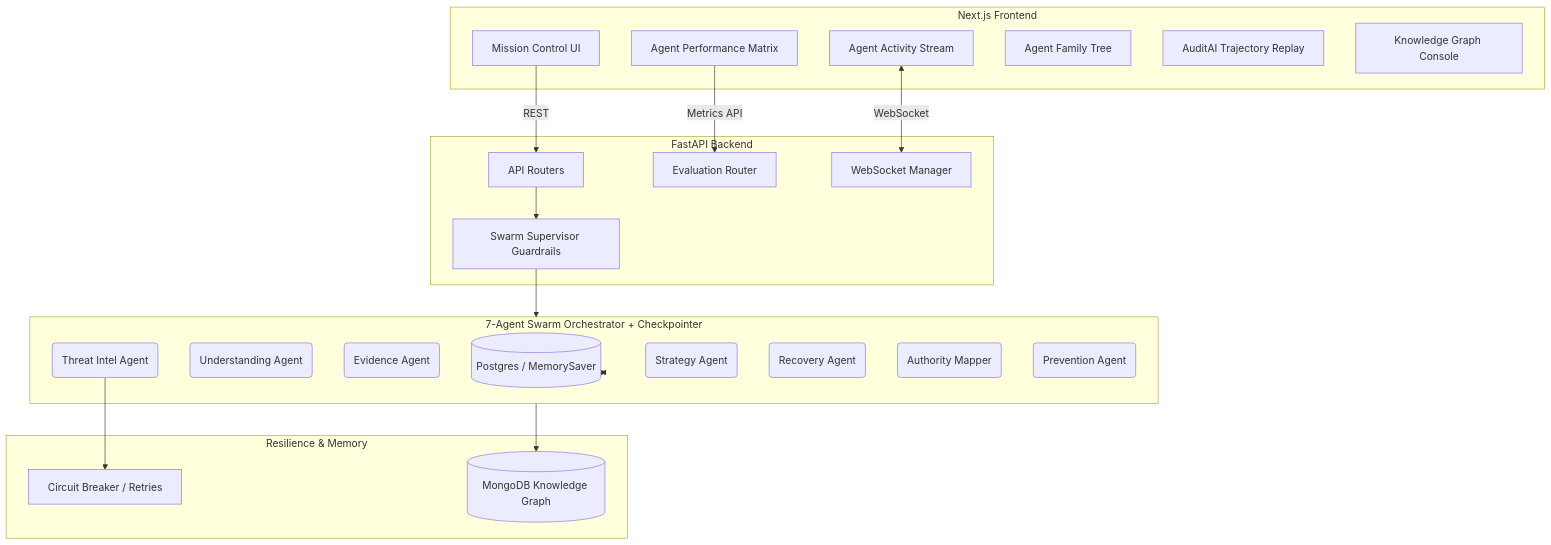
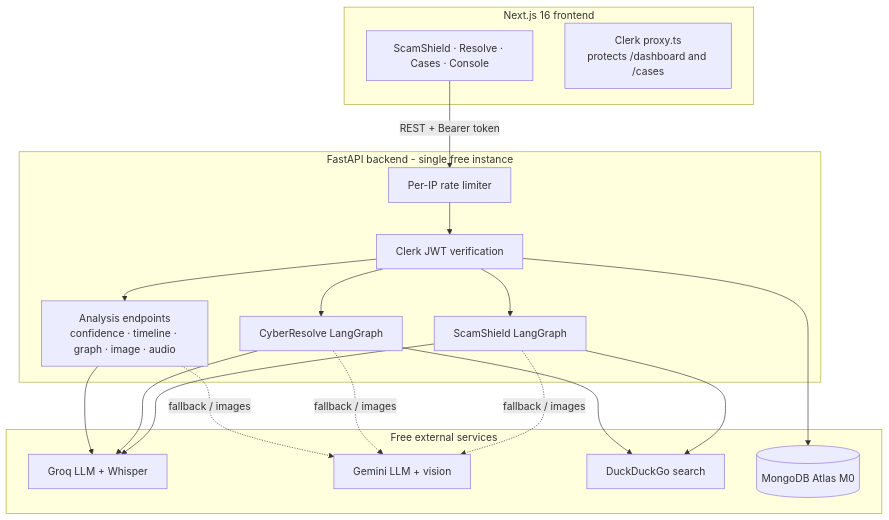
Before and after one commit to TechNxt05/CyberGuard: the diagram in README.md, drawn with Mermaid. The commit also changed other lines of this file and 170 other files, not shown here.

````diff
--- a/README.md
+++ b/README.md
@@ -81,44 +35,29 @@
 ```mermaid
 graph TD
-    subgraph Client [Next.js Frontend]
-        UI[Mission Control UI]
-        Stream[Agent Activity Stream]
-        EvalPanel[Agent Performance Matrix]
-        TreeTrace[Agent Family Tree]
-        Replay[AuditAI Trajectory Replay]
-        Graph[Knowledge Graph Console]
+    subgraph Vercel [Next.js 16 frontend]
+        Pages[ScamShield · Resolve · Cases · Console]
+        Proxy[Clerk proxy.ts<br/>protects /dashboard and /cases]
     end
 
-    subgraph API [FastAPI Backend]
-        Router[API Routers]
-        EvalRouter[Evaluation Router]
-        WS[WebSocket Manager]
-        Supervisor[Swarm Supervisor Guardrails]
+    subgraph Render [FastAPI backend - single free instance]
+        RL[Per-IP rate limiter]
+        Auth[Clerk JWT verification]
+        SS[ScamShield LangGraph]
+        CR[CyberResolve LangGraph]
+        AN[Analysis endpoints<br/>confidence · timeline · graph · image · audio]
     end
 
-    subgraph LangGraph [7-Agent Swarm Orchestrator + Checkpointer]
-        Checkpointer[(Postgres / MemorySaver)]
-        Understand(Understanding Agent)
-        Evidence(Evidence Agent)
-        Intel(Threat Intel Agent)
-        Strategy(Strategy Agent)
-        Recovery(Recovery Agent)
-        Auth(Authority Mapper)
-        Prev(Prevention Agent)
+    subgraph External [Free external services]
+        Groq[Groq LLM + Whisper]
+        Gemini[Gemini LLM + vision]
+        DDG[DuckDuckGo search]
+        Mongo[(MongoDB Atlas M0)]
     end
 
-    subgraph Resilience [Resilience & Memory]
-        CB[Circuit Breaker / Retries]
-        Mongo[(MongoDB Knowledge Graph)]
-    end
-
-    UI -->|REST| Router
-    EvalPanel -->|Metrics API| EvalRouter
-    Stream <-->|WebSocket| WS
-    Router --> Supervisor
-    Supervisor --> LangGraph
-    
-    LangGraph <--> Checkpointer
-    Intel --> CB
-    LangGraph --> Mongo
+    Pages -->|REST + Bearer token| RL --> Auth
+    Auth --> SS & CR & AN
+    SS & CR & AN --> Groq
+    SS & CR & AN -.fallback / images.-> Gemini
+    SS & CR --> DDG
+    Auth --> Mongo
 ```
````
